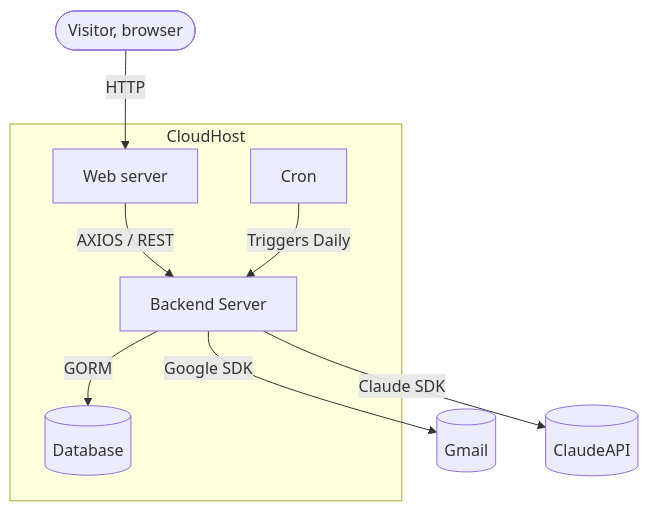
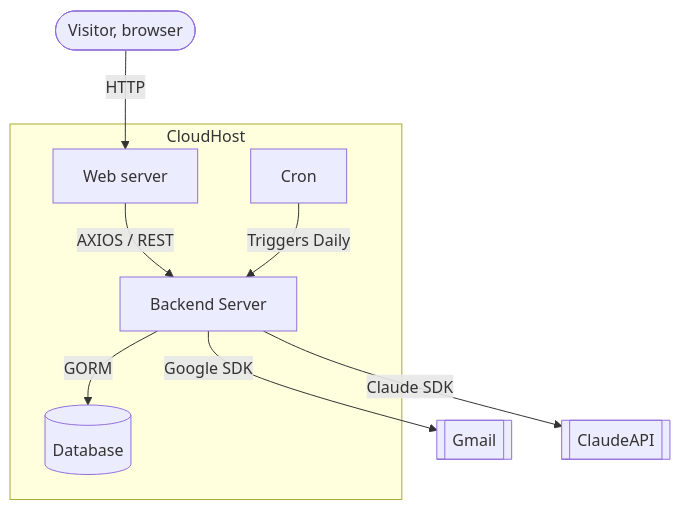
One commit to sabi1125/daily-coding-companion changed the diagram in api-docs/architectural-diagram.md. Above: the diagram before and after it, drawn with Mermaid. The commit also changed other lines of this file, not shown here.

Commit message:
fix: changed external resources shape and added note

````diff
--- a/api-docs/architectural-diagram.md
+++ b/api-docs/architectural-diagram.md
@@ -3,17 +3,17 @@
 ```mermaid
 flowchart TD
     Visitor([Visitor, browser]) -->|HTTP| Website
-    Gmail[(Gmail)]
-    ClaudeAPI[(ClaudeAPI)]
+    Gmail[[Gmail]]
+    ClaudeAPI[[ClaudeAPI]]
     subgraph CloudHost
         Backend[Backend Server]
         Website[Web server]
         Cron[Cron]
         Database[(Database)]
     end
     Backend --> |Google SDK| Gmail
     Backend --> |GORM| Database
     Backend --> |Claude SDK| ClaudeAPI
     Website --> |AXIOS / REST| Backend
     Cron --> |Triggers Daily| Backend
 ```
````
